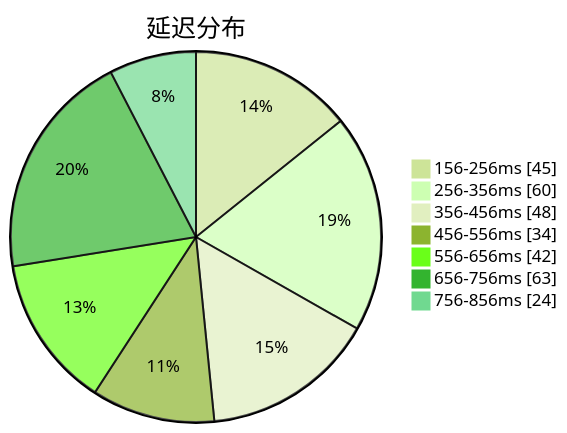
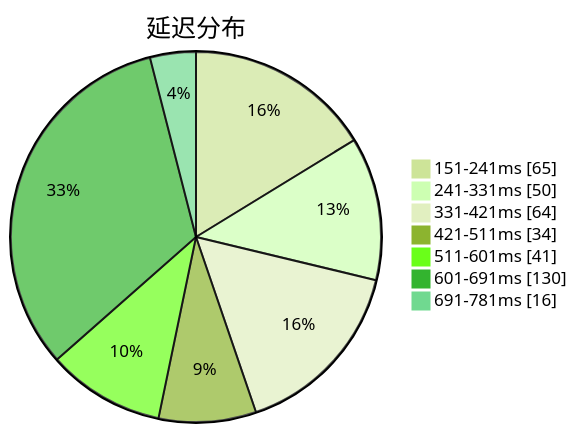
One commit to qjlxg/airport changed the first of 3 diagrams in subs/statistics/tested_within.md. Above: the diagram before and after it, drawn with Mermaid (forest theme). The commit also changed other lines of this file and 2 other files, not shown here.

Commit message:
Tested by metaST

````diff
--- a/subs/statistics/tested_within.md
+++ b/subs/statistics/tested_within.md
@@ -2,11 +2,11 @@
 ```mermaid
 pie showData
 title 延迟分布
-"156-256ms" : 45
-"256-356ms" : 60
-"356-456ms" : 48
-"456-556ms" : 34
-"556-656ms" : 42
-"656-756ms" : 63
-"756-856ms" : 24
+"151-241ms" : 65
+"241-331ms" : 50
+"331-421ms" : 64
+"421-511ms" : 34
+"511-601ms" : 41
+"601-691ms" : 130
+"691-781ms" : 16
 ```
````
